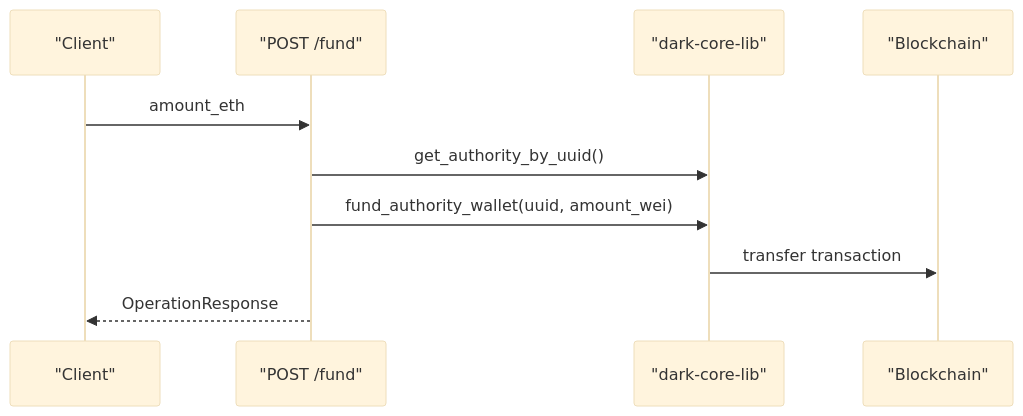
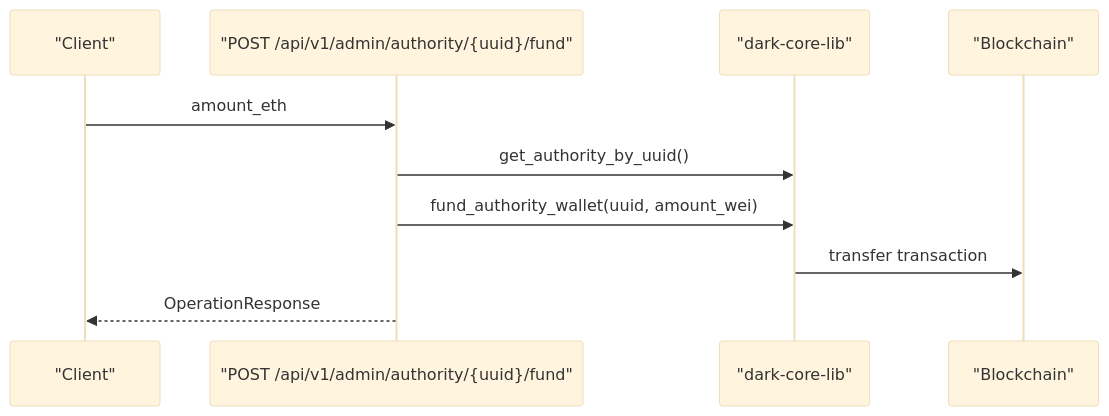
One commit to LA-Referencia-IOI/dark-core-admin-api changed the seventh of 11 diagrams in admin-architecture.md. Above: the diagram before and after it, drawn with Mermaid (base theme). The commit also changed other lines of this file and 1 other file, not shown here.

Commit message:
docs: align admin API documentation

````diff
--- a/admin-architecture.md
+++ b/admin-architecture.md
@@ -157,13 +158,13 @@
 ```mermaid
 sequenceDiagram
     participant Client as "Client"
-    participant API as "POST /fund"
+    participant API as "POST /api/v1/admin/authority/{uuid}/fund"
     participant Core as "dark-core-lib"
     participant Chain as "Blockchain"
 
     Client->>API: amount_eth
     API->>Core: get_authority_by_uuid()
     API->>Core: fund_authority_wallet(uuid, amount_wei)
     Core->>Chain: transfer transaction
     API-->>Client: OperationResponse
 ```
````
